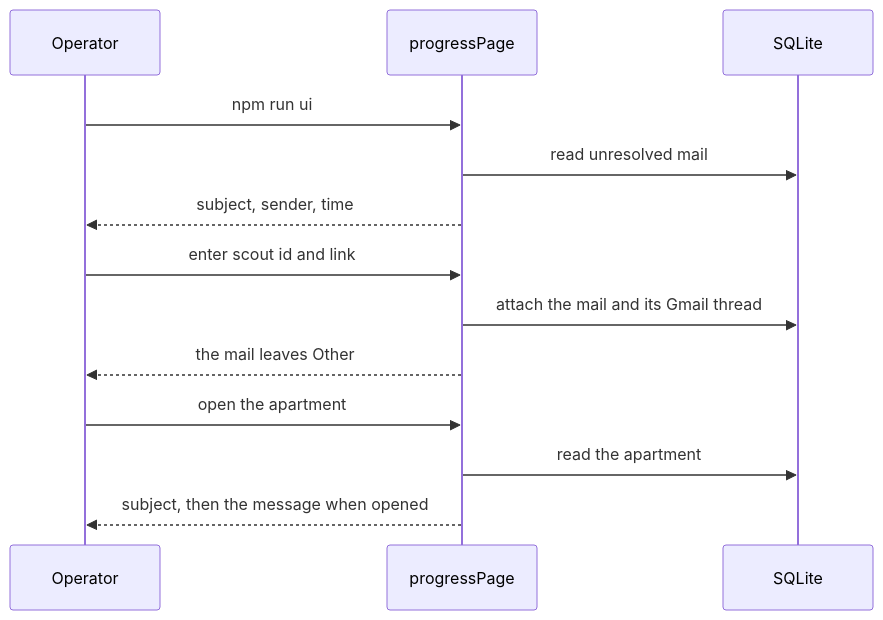
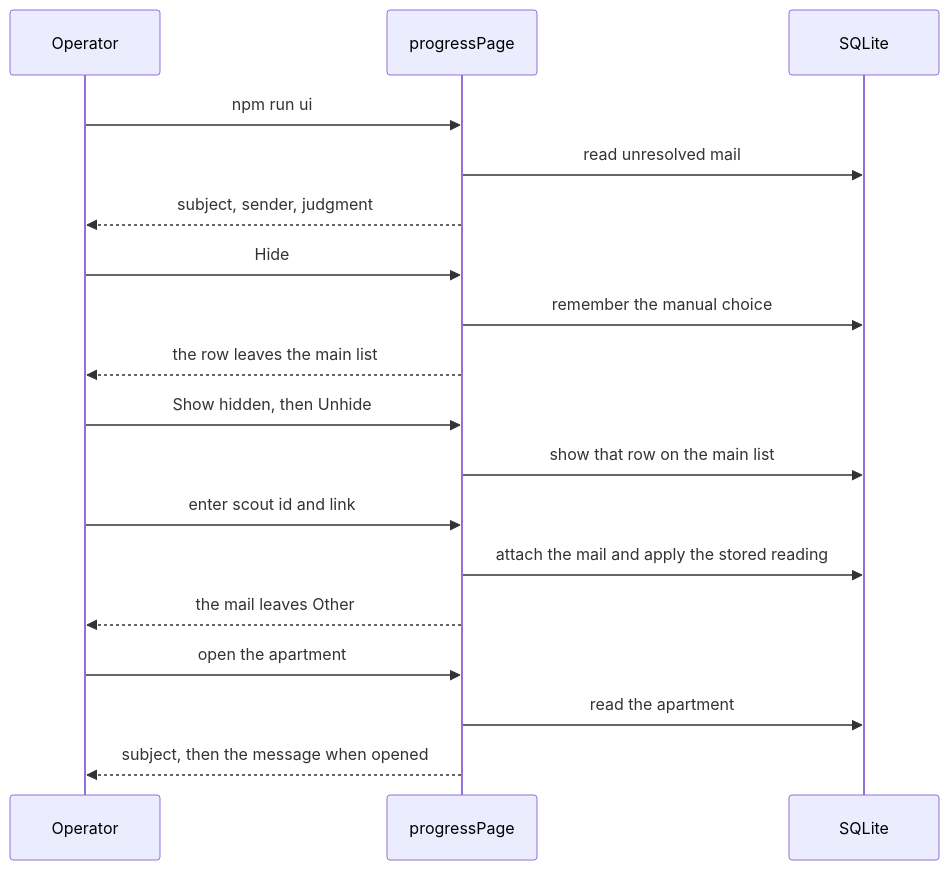
The fourth of 5 diagrams in docs/flows.md (shinnenkara/wohn-agent), drawn with Mermaid before and after one commit. The commit also changed other lines of this file and 94 other files, not shown here.

````diff
--- a/docs/flows.md
+++ b/docs/flows.md
@@ -111,15 +113,20 @@
 ```mermaid
 sequenceDiagram
   participant Operator
   participant Ui as progressPage
   participant SQLite
   Operator->>Ui: npm run ui
   Ui->>SQLite: read unresolved mail
-  Ui-->>Operator: subject, sender, time
+  Ui-->>Operator: subject, sender, judgment
+  Operator->>Ui: Hide
+  Ui->>SQLite: remember the manual choice
+  Ui-->>Operator: the row leaves the main list
+  Operator->>Ui: Show hidden, then Unhide
+  Ui->>SQLite: show that row on the main list
   Operator->>Ui: enter scout id and link
-  Ui->>SQLite: attach the mail and its Gmail thread
+  Ui->>SQLite: attach the mail and apply the stored reading
   Ui-->>Operator: the mail leaves Other
   Operator->>Ui: open the apartment
   Ui->>SQLite: read the apartment
   Ui-->>Operator: subject, then the message when opened
 ```
````
